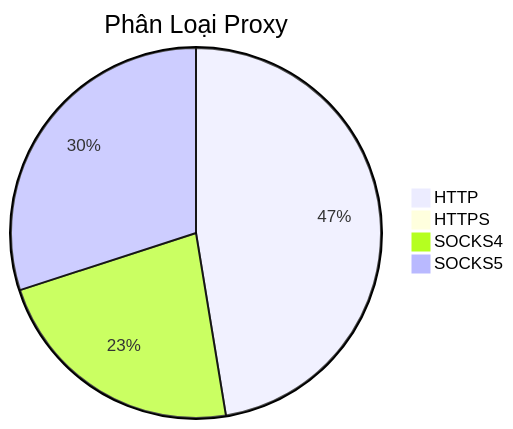
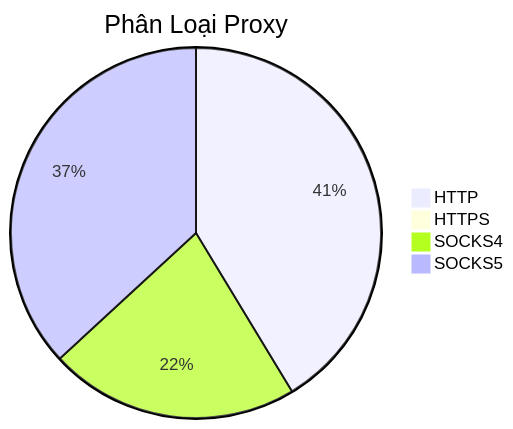
One commit to Ciara-12/PROXY-free changed the diagram in README.md. Above: the diagram before and after it, drawn with Mermaid. The commit also changed other lines of this file and 3 other files, not shown here.

````diff
--- a/README.md
+++ b/README.md
@@ -26,7 +26,7 @@
 ```mermaid
 pie title Phân Loại Proxy
-    "HTTP" : 577
+    "HTTP" : 360
     "HTTPS" : 0
-    "SOCKS4" : 275
-    "SOCKS5" : 365
+    "SOCKS4" : 190
+    "SOCKS5" : 321
 ```
````
